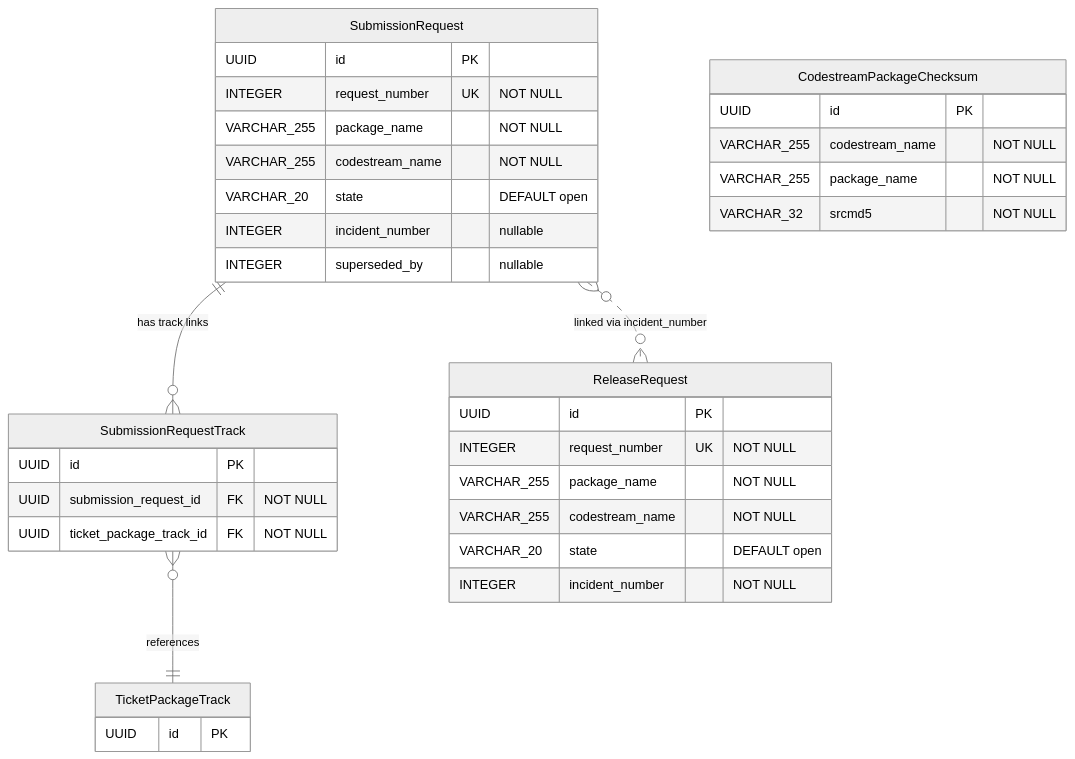
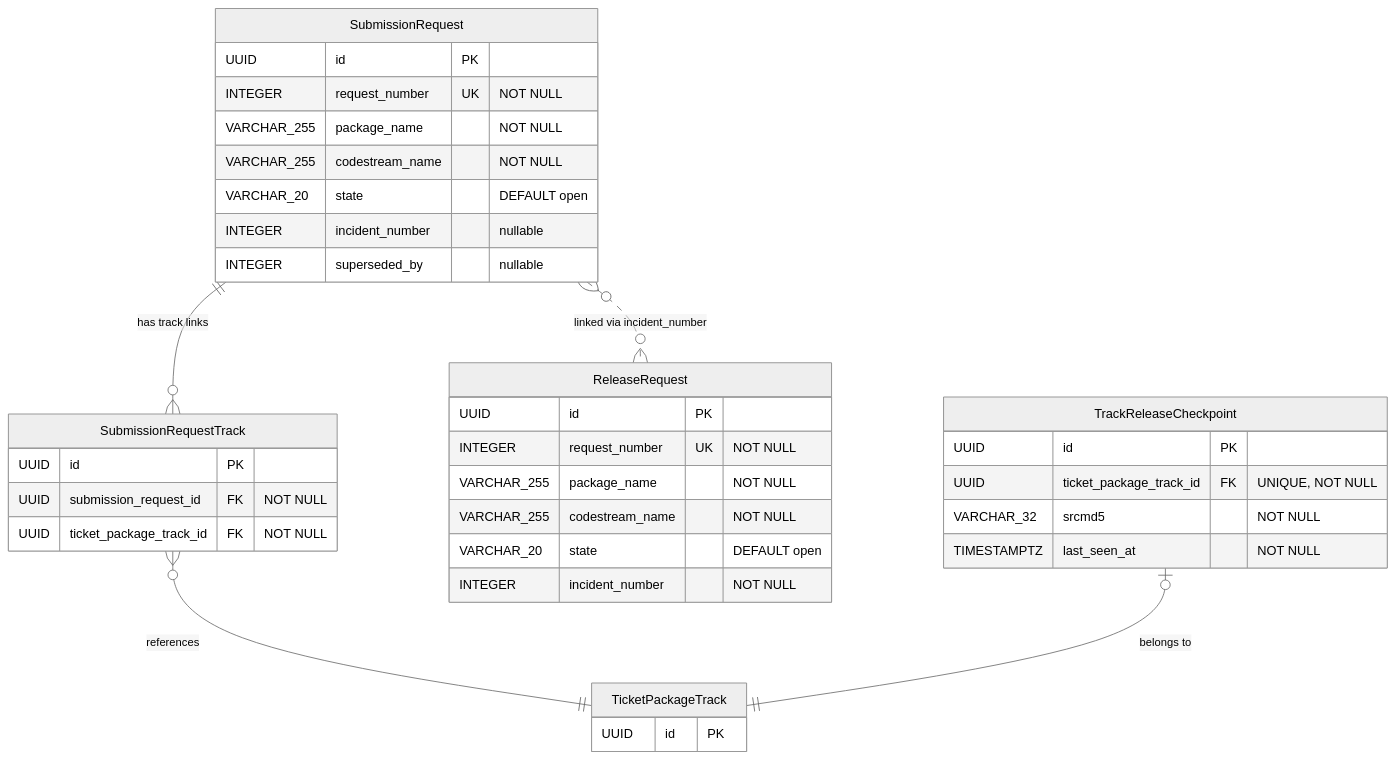
One commit to StayPirate/STAMP changed the sixth of 6 diagrams in docs/data-model.md. Above: the diagram before and after it, drawn with Mermaid (neutral theme). The commit also changed other lines of this file and 16 other files, not shown here.

Commit message:
docs: define IBS track release reconciliation

````diff
--- a/docs/data-model.md
+++ b/docs/data-model.md
@@ -411,38 +420,39 @@
 ```mermaid
 erDiagram
     SubmissionRequest {
         UUID id PK
         INTEGER request_number UK "NOT NULL"
         VARCHAR_255 package_name "NOT NULL"
         VARCHAR_255 codestream_name "NOT NULL"
         VARCHAR_20 state "DEFAULT open"
         INTEGER incident_number "nullable"
         INTEGER superseded_by "nullable"
     }
     SubmissionRequestTrack {
         UUID id PK
         UUID submission_request_id FK "NOT NULL"
         UUID ticket_package_track_id FK "NOT NULL"
     }
     ReleaseRequest {
         UUID id PK
         INTEGER request_number UK "NOT NULL"
         VARCHAR_255 package_name "NOT NULL"
         VARCHAR_255 codestream_name "NOT NULL"
         VARCHAR_20 state "DEFAULT open"
         INTEGER incident_number "NOT NULL"
     }
-    CodestreamPackageChecksum {
+    TrackReleaseCheckpoint {
         UUID id PK
-        VARCHAR_255 codestream_name "NOT NULL"
-        VARCHAR_255 package_name "NOT NULL"
+        UUID ticket_package_track_id FK "UNIQUE, NOT NULL"
         VARCHAR_32 srcmd5 "NOT NULL"
+        TIMESTAMPTZ last_seen_at "NOT NULL"
     }
     TicketPackageTrack {
         UUID id PK
     }
 
     SubmissionRequest ||--o{ SubmissionRequestTrack : "has track links"
     SubmissionRequestTrack }o--|| TicketPackageTrack : "references"
+    TrackReleaseCheckpoint |o--|| TicketPackageTrack : "belongs to"
     SubmissionRequest }o..o{ ReleaseRequest : "linked via incident_number"
 ```
````
